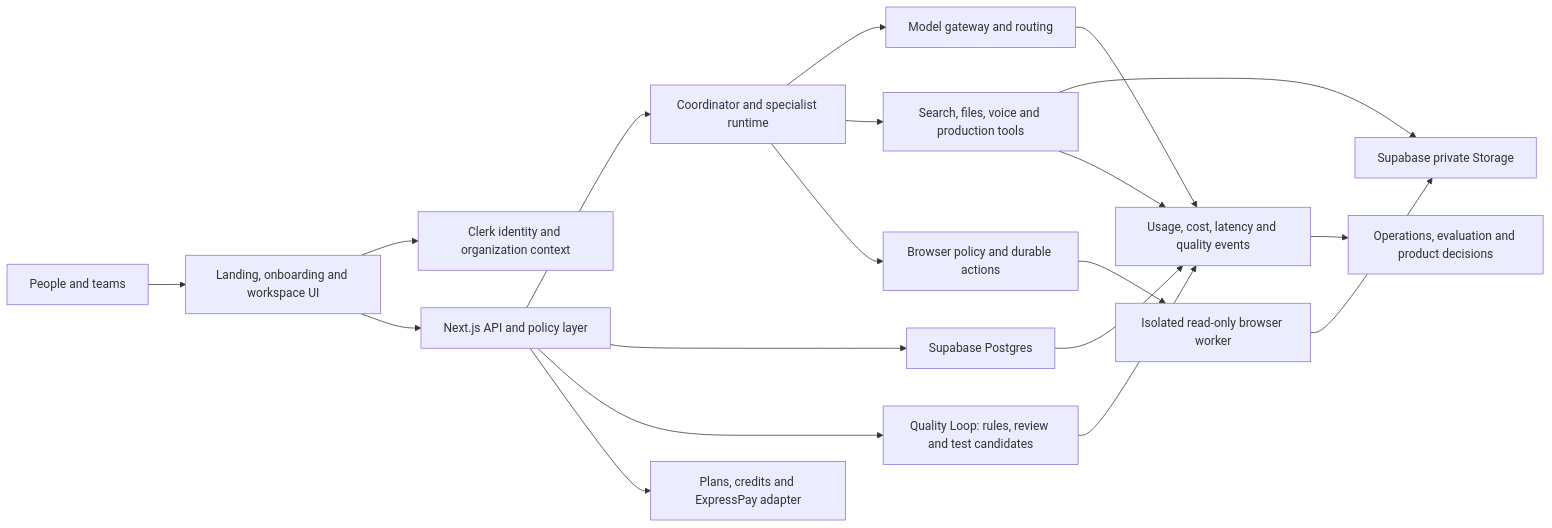
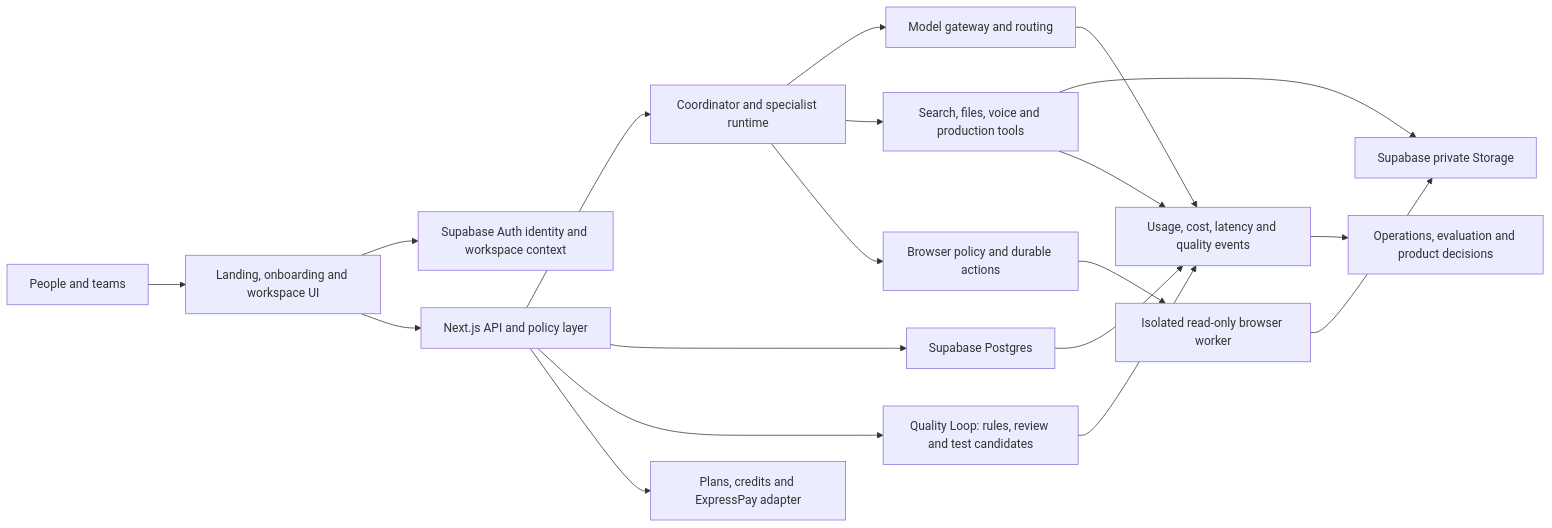
Before and after one commit to bamideletewogbade/ai360-lab: the first of 2 diagrams in SYSTEM_ARCHITECTURE.md, drawn with Mermaid. The commit also changed other lines of this file and 31 other files, not shown here.

````diff
--- a/SYSTEM_ARCHITECTURE.md
+++ b/SYSTEM_ARCHITECTURE.md
@@ -59,21 +59,21 @@
 ```mermaid
 flowchart LR
   U["People and teams"] --> X["Landing, onboarding and workspace UI"]
-  X --> I["Clerk identity and organization context"]
+  X --> I["Supabase Auth identity and workspace context"]
   X --> A["Next.js API and policy layer"]
   A --> O["Coordinator and specialist runtime"]
   O --> M["Model gateway and routing"]
   O --> T["Search, files, voice and production tools"]
   O --> G["Browser policy and durable actions"]
   G --> W["Isolated read-only browser worker"]
   W --> S
   A --> D["Supabase Postgres"]
   A --> Q["Quality Loop: rules, review and test candidates"]
   T --> S["Supabase private Storage"]
   A --> B["Plans, credits and ExpressPay adapter"]
   M --> E["Usage, cost, latency and quality events"]
   T --> E
   D --> E
   Q --> E
   E --> R["Operations, evaluation and product decisions"]
 ```
````
